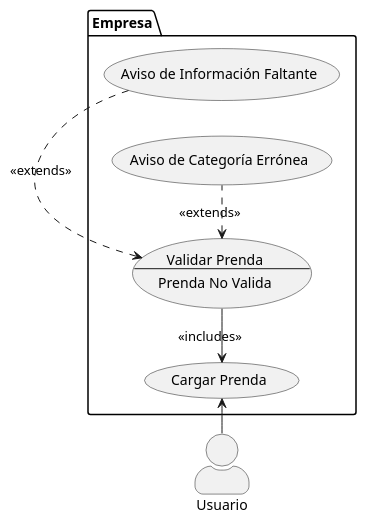
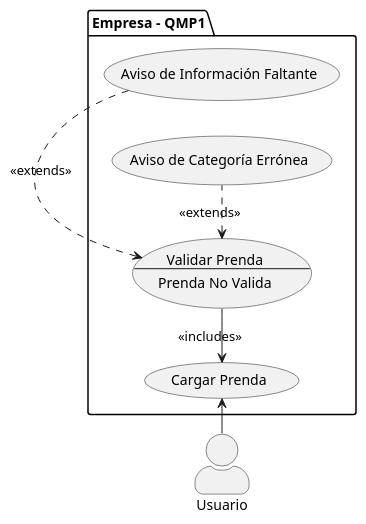
The diagram in Diagrama.puml (JulianBuffoni/QMP), drawn with PlantUML before and after one commit. The commit also changed 1 other file, not shown here.

Commit message:
QMP2 - 1er Commit - JulianBuffoni
26/04/2022  -  16:54
Cambios:
- Resolución en Presudocodigo y User Stories.

TODO:
- Diagrama de Clases.

```diff
--- a/Diagrama.puml
+++ b/Diagrama.puml
@@ -1,23 +1,23 @@
 @startuml
 /'
 DOCUMENTACIÓN: https://plantuml.com/use-case-diagram
 NOTA: GITHUB no renderiza este tipo de diagramas, sacar screenshot
 '/
 
 skinparam actorStyle awesome
 "Usuario" as U
 
-package Empresa {
+package "Empresa - QMP1" {
 left to right direction
 usecase UC2 as (Cargar Prenda)
 usecase UC3 as "Validar Prenda
 --
 Prenda No Valida"
 
 U -> UC2
 UC2 <- UC3 : <<includes>>
 UC3 <.(Aviso de Información Faltante) :<<extends>> /'Posible cambio de nombre'/
 UC3 <.(Aviso de Categoría Errónea) :<<extends>> /'Posible cambio de nombre'/
 
 }
 @enduml
```
